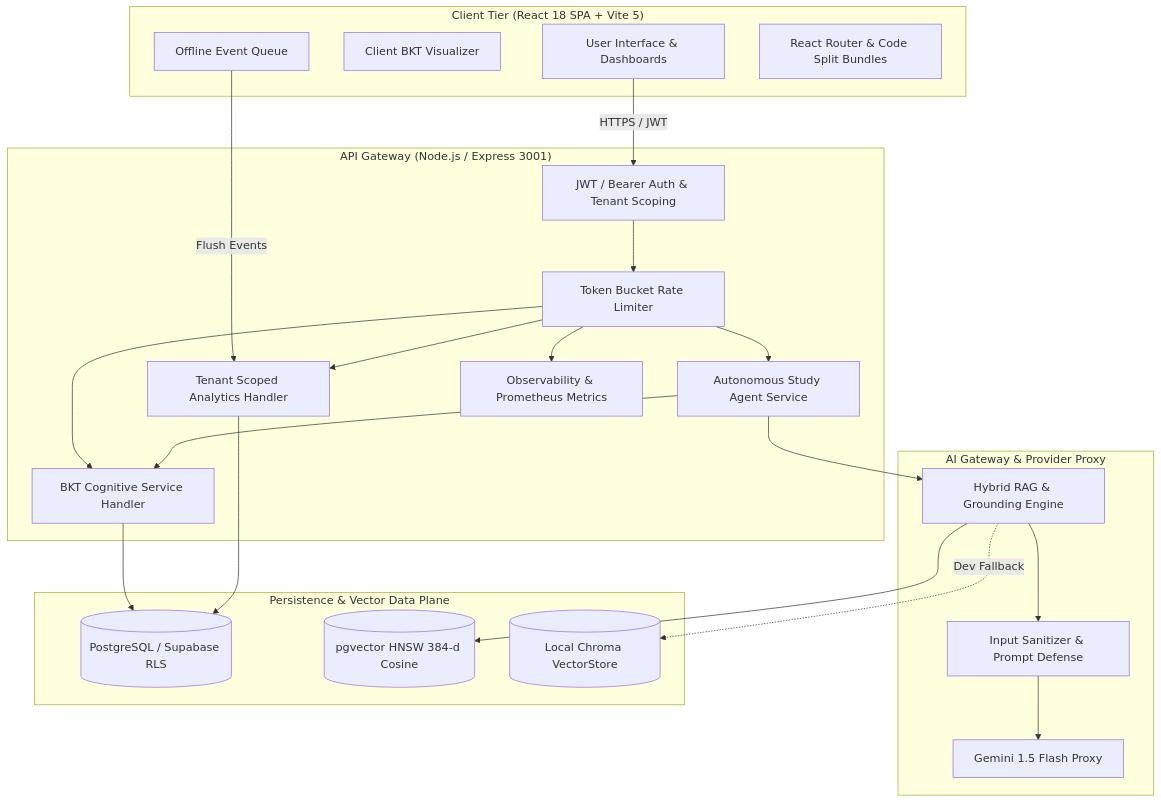
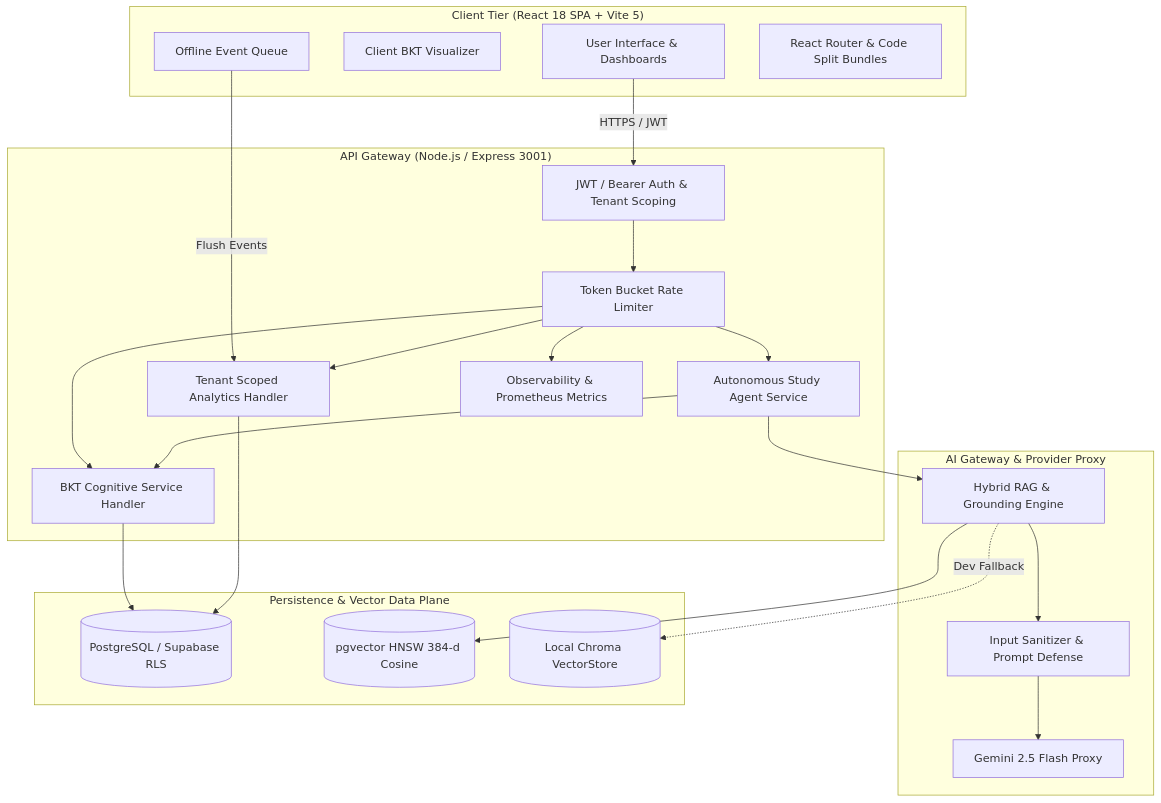
One commit to AbhijeetKushwaha1213/Ming changed the diagram in docs/architecture/ARCHITECTURE_OVERVIEW.md. Above: the diagram before and after it, drawn with Mermaid. The commit also changed other lines of this file and 7 other files, not shown here.

````diff
--- a/docs/architecture/ARCHITECTURE_OVERVIEW.md
+++ b/docs/architecture/ARCHITECTURE_OVERVIEW.md
@@ -13,48 +13,48 @@
 ```mermaid
 graph TD
     subgraph Client Tier ["Client Tier (React 18 SPA + Vite 5)"]
         UI[User Interface & Dashboards]
         ClientBKT[Client BKT Visualizer]
         OfflineQueue[Offline Event Queue]
         ClientRouter[React Router & Code Split Bundles]
     end
 
     subgraph Gateway Tier ["API Gateway (Node.js / Express 3001)"]
         AuthMiddleware[JWT / Bearer Auth & Tenant Scoping]
         RateLimiter[Token Bucket Rate Limiter]
         AnalyticsHandler[Tenant Scoped Analytics Handler]
         BKTHandler[BKT Cognitive Service Handler]
         AgentService[Autonomous Study Agent Service]
         Observability[Observability & Prometheus Metrics]
     end
 
     subgraph AI Gateway ["AI Gateway & Provider Proxy"]
-        GeminiProxy[Gemini 1.5 Flash Proxy]
+        GeminiProxy[Gemini 2.5 Flash Proxy]
         PromptDefense[Input Sanitizer & Prompt Defense]
         RAGEngine[Hybrid RAG & Grounding Engine]
     end
 
     subgraph Data Plane ["Persistence & Vector Data Plane"]
         RelationalDB[(PostgreSQL / Supabase RLS)]
         VectorStore[(pgvector HNSW 384-d Cosine)]
         ChromaFallback[(Local Chroma VectorStore)]
     end
 
     UI -->|HTTPS / JWT| AuthMiddleware
     OfflineQueue -->|Flush Events| AnalyticsHandler
     AuthMiddleware --> RateLimiter
     RateLimiter --> AnalyticsHandler
     RateLimiter --> BKTHandler
     RateLimiter --> AgentService
     RateLimiter --> Observability
 
     AgentService --> BKTHandler
     AgentService --> RAGEngine
     RAGEngine --> PromptDefense
     PromptDefense --> GeminiProxy
 
     BKTHandler --> RelationalDB
     AnalyticsHandler --> RelationalDB
     RAGEngine --> VectorStore
     RAGEngine -.->|Dev Fallback| ChromaFallback
 ```
````
